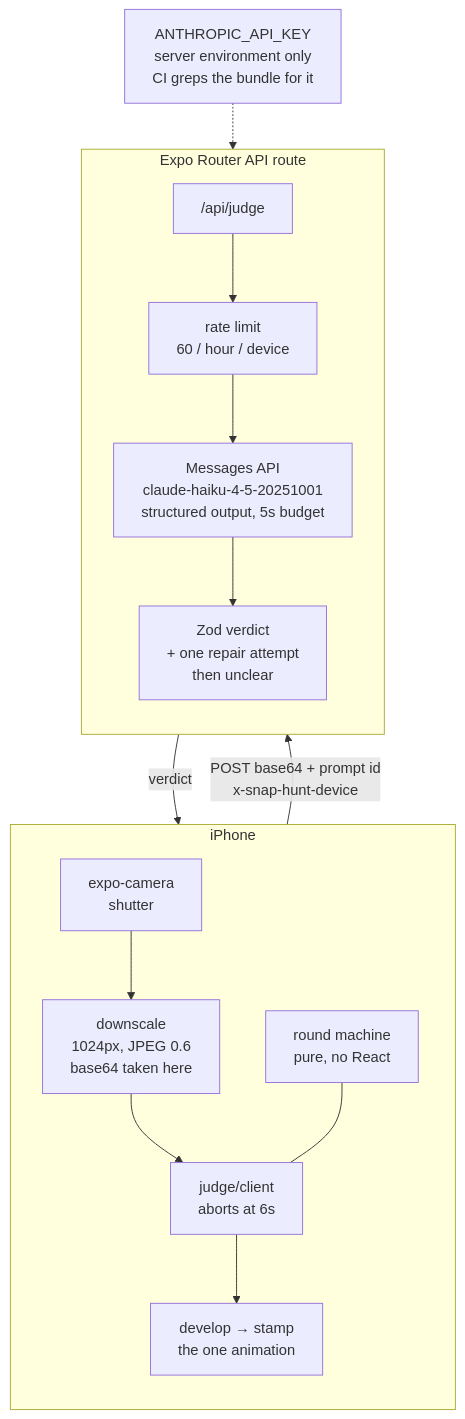
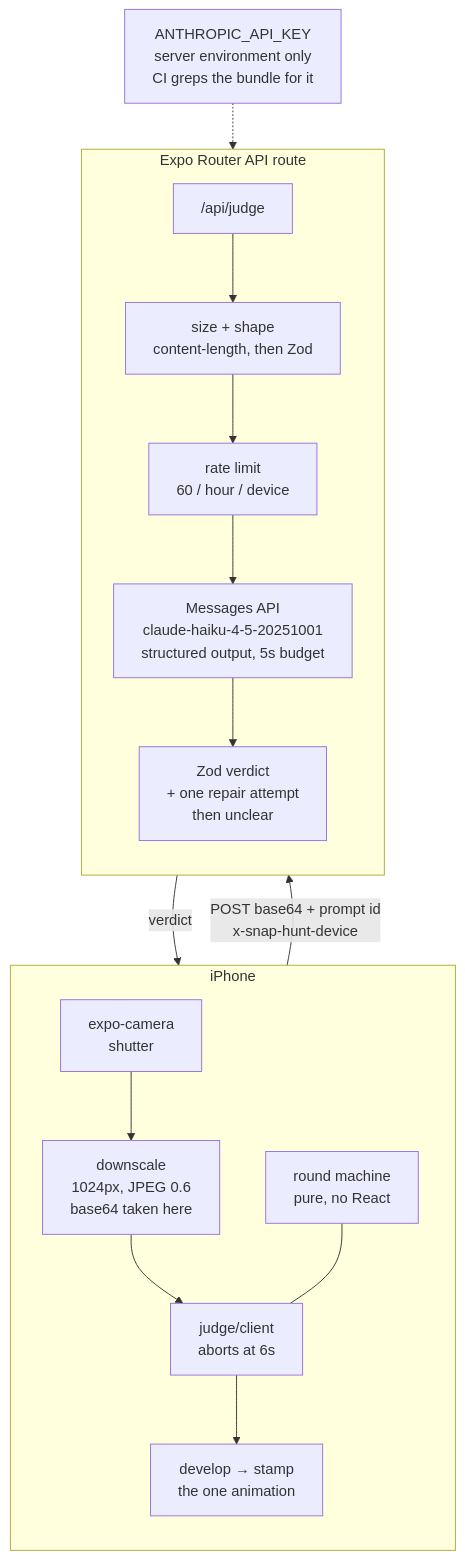
One commit to ahmed-elnashar/snap-hunt changed the diagram in README.md. Above: the diagram before and after it, drawn with Mermaid. The commit also changed other lines of this file and 4 other files, not shown here.

````diff
--- a/README.md
+++ b/README.md
@@ -63,22 +126,23 @@
 ```mermaid
 flowchart TB
   subgraph phone["iPhone"]
     direction TB
     cam["expo-camera<br/>shutter"] --> prep["downscale<br/>1024px, JPEG 0.6<br/>base64 taken here"]
     prep --> client["judge/client<br/>aborts at 6s"]
     machine["round machine<br/>pure, no React"] --- client
     client --> reveal["develop → stamp<br/>the one animation"]
   end
 
   client -- "POST base64 + prompt id<br/>x-snap-hunt-device" --> route
 
   subgraph server["Expo Router API route"]
     direction TB
-    route["/api/judge"] --> limit["rate limit<br/>60 / hour / device"]
+    route["/api/judge"] --> guard["size + shape<br/>content-length, then Zod"]
+    guard --> limit["rate limit<br/>60 / hour / device"]
     limit --> model["Messages API<br/>claude-haiku-4-5-20251001<br/>structured output, 5s budget"]
     model --> parse["Zod verdict<br/>+ one repair attempt<br/>then unclear"]
   end
 
   key["ANTHROPIC_API_KEY<br/>server environment only<br/>CI greps the bundle for it"] -.-> model
   parse -- "verdict" --> client
 ```
````
